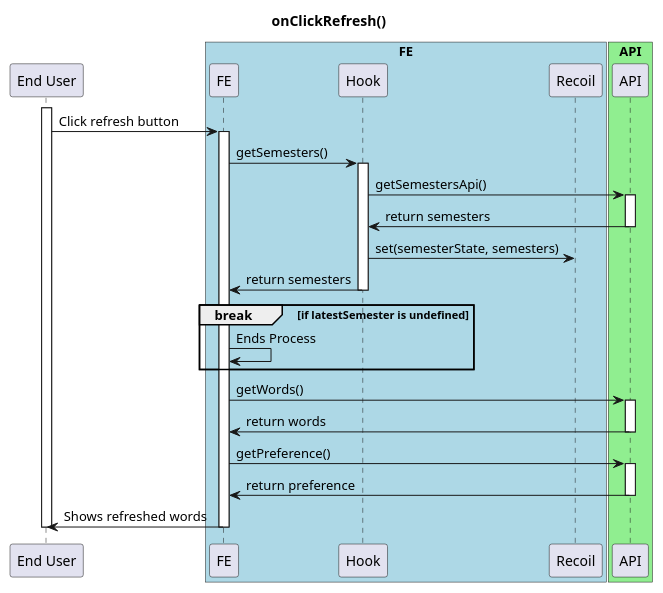
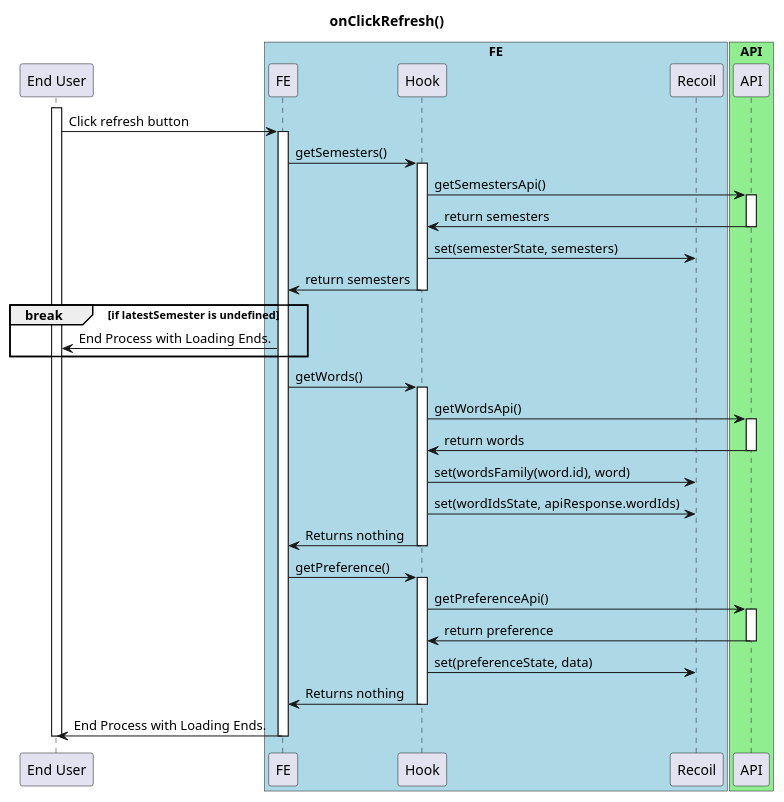
Before and after one commit to ajktown/docs: the first of 3 diagrams in dev/activity_diagrams/click-refresh-button.md, drawn with PlantUML.

````diff
--- a/dev/activity_diagrams/click-refresh-button.md
+++ b/dev/activity_diagrams/click-refresh-button.md
@@ -19,45 +19,56 @@
 ```plantuml
 
 @startuml
 
 title onClickRefresh()
 
 participant "End User" as user
 
 box "FE" #Lightblue
   participant "FE" as fe
   participant "Hook" as hook
   participant "Recoil" as recoil
 box
 box "API" #Lightgreen
   participant "API" as api
 box
 
 
 activate user
   user -> fe: Click refresh button
   activate fe
   fe -> hook: getSemesters()
     activate hook
       hook -> api: getSemestersApi()
       activate api
         hook <- api: return semesters
       deactivate api
       hook -> recoil: set(semesterState, semesters)
       fe <- hook: return semesters
     deactivate hook
   break if latestSemester is undefined
-    fe -> fe: Ends Process
+    user <- fe: End Process with Loading Ends.
   end break
-    fe -> api: getWords()
-    activate api
-      fe <- api: return words
-    deactivate api
-    fe -> api: getPreference()
-    activate api
-      fe <- api: return preference
-    deactivate api
-  user <- fe: Shows refreshed words
+    fe -> hook: getWords()
+    activate hook
+      hook -> api: getWordsApi()
+      activate api
+        hook <- api: return words
+      deactivate api
+      hook -> recoil: set(wordsFamily(word.id), word)
+      hook -> recoil: set(wordIdsState, apiResponse.wordIds)
+      fe <- hook: Returns nothing
+    deactivate hook
+    fe -> hook: getPreference()
+    activate hook
+      hook -> api: getPreferenceApi()
+      activate api
+        hook <- api: return preference
+      deactivate api
+      hook -> recoil: set(preferenceState, data)
+      fe <- hook: Returns nothing
+    deactivate hook
+  user <- fe: End Process with Loading Ends.
   deactivate fe
 deactivate user
 ```
````
